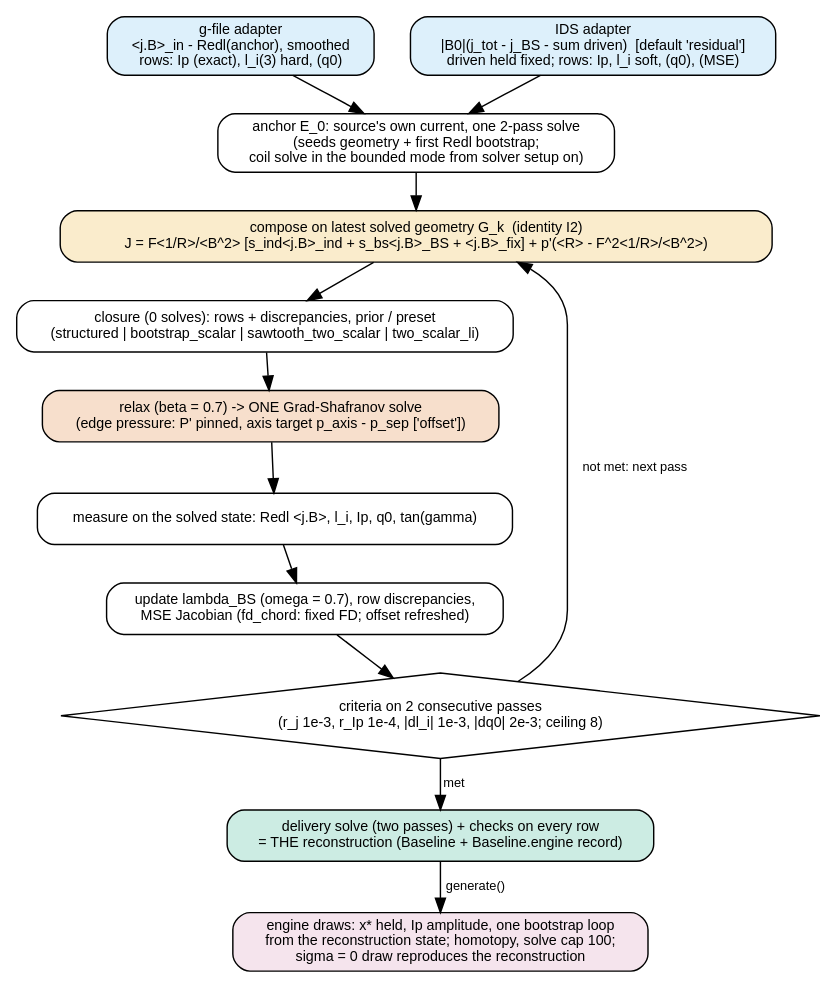
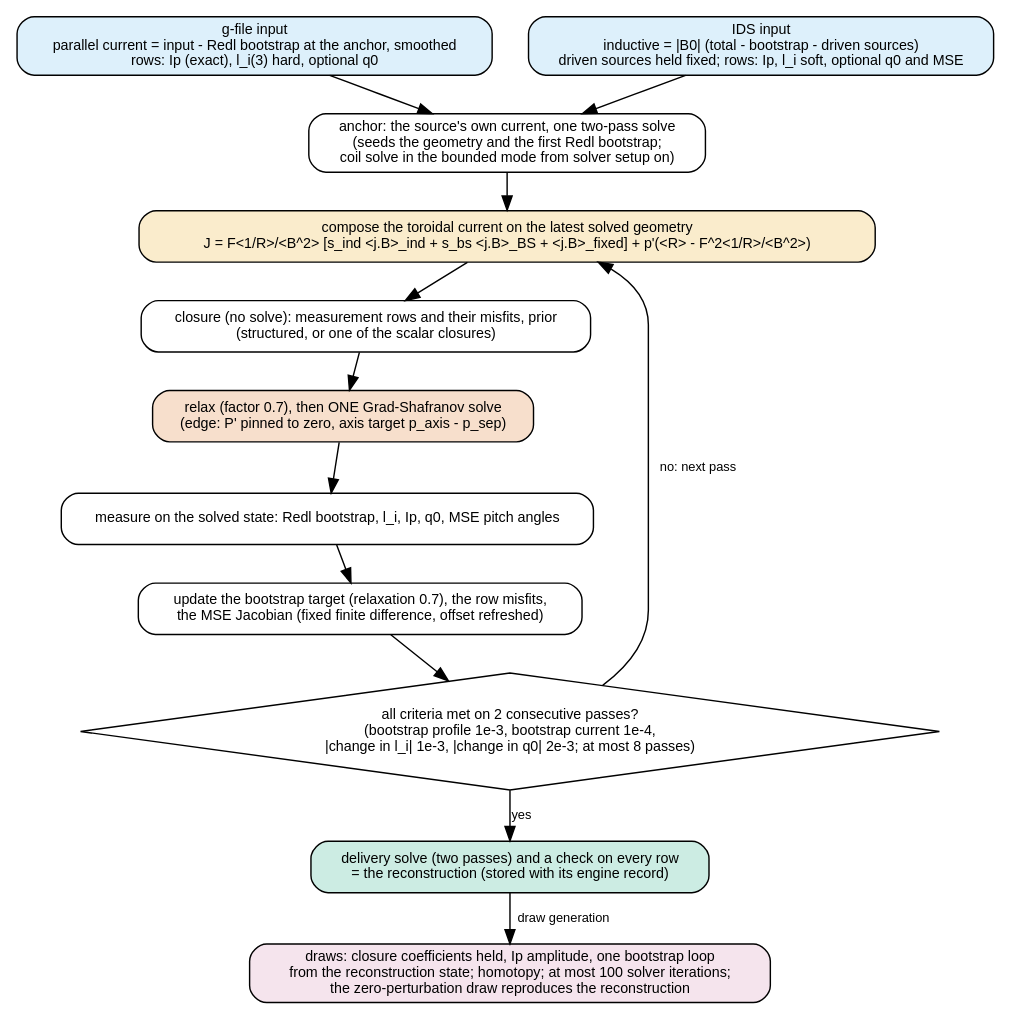
The diagram in docs/figures/engine/scripts/engine_architecture.dot (StuartBenjamin/bouquet), drawn with Graphviz before and after one commit. The commit also changed 10 other files, not shown here.

```diff
--- a/docs/figures/engine/scripts/engine_architecture.dot
+++ b/docs/figures/engine/scripts/engine_architecture.dot
@@ -1,20 +1,20 @@
 digraph engine {
   graph [rankdir=TB, fontname="Helvetica", fontsize=11, nodesep=0.35, ranksep=0.35, bgcolor="white"];
   node  [shape=box, style="rounded,filled", fontname="Helvetica", fontsize=10, color="#000000", fillcolor="#FFFFFF"];
   edge  [fontname="Helvetica", fontsize=9, color="#000000"];
-  gf  [label="g-file adapter\n<j.B>_in - Redl(anchor), smoothed\nrows: Ip (exact), l_i(3) hard, (q0)", fillcolor="#56B4E933"];
-  ids [label="IDS adapter\n|B0|(j_tot - j_BS - sum driven)  [default 'residual']\ndriven held fixed; rows: Ip, l_i soft, (q0), (MSE)", fillcolor="#56B4E933"];
-  anchor [label="anchor E_0: source's own current, one 2-pass solve\n(seeds geometry + first Redl bootstrap;\ncoil solve in the bounded mode from solver setup on)"];
-  comp [label="compose on latest solved geometry G_k  (identity I2)\nJ = F<1/R>/<B^2> [s_ind<j.B>_ind + s_bs<j.B>_BS + <j.B>_fix] + p'(<R> - F^2<1/R>/<B^2>)", fillcolor="#E69F0033"];
-  clos [label="closure (0 solves): rows + discrepancies, prior / preset\n(structured | bootstrap_scalar | sawtooth_two_scalar | two_scalar_li)"];
-  solve [label="relax (beta = 0.7) -> ONE Grad-Shafranov solve\n(edge pressure: P' pinned, axis target p_axis - p_sep ['offset'])", fillcolor="#D55E0033"];
-  meas [label="measure on the solved state: Redl <j.B>, l_i, Ip, q0, tan(gamma)"];
-  upd [label="update lambda_BS (omega = 0.7), row discrepancies,\nMSE Jacobian (fd_chord: fixed FD; offset refreshed)"];
-  crit [label="criteria on 2 consecutive passes\n(r_j 1e-3, r_Ip 1e-4, |dl_i| 1e-3, |dq0| 2e-3; ceiling 8)", shape=diamond, style="filled", fillcolor="#FFFFFF"];
-  deliv [label="delivery solve (two passes) + checks on every row\n= THE reconstruction (Baseline + Baseline.engine record)", fillcolor="#009E7333"];
-  draws [label="engine draws: x* held, Ip amplitude, one bootstrap loop\nfrom the reconstruction state; homotopy, solve cap 100;\nsigma = 0 draw reproduces the reconstruction", fillcolor="#CC79A733"];
+  gf  [label="g-file input\nparallel current = input - Redl bootstrap at the anchor, smoothed\nrows: Ip (exact), l_i(3) hard, optional q0", fillcolor="#56B4E933"];
+  ids [label="IDS input\ninductive = |B0| (total - bootstrap - driven sources)\ndriven sources held fixed; rows: Ip, l_i soft, optional q0 and MSE", fillcolor="#56B4E933"];
+  anchor [label="anchor: the source's own current, one two-pass solve\n(seeds the geometry and the first Redl bootstrap;\ncoil solve in the bounded mode from solver setup on)"];
+  comp [label="compose the toroidal current on the latest solved geometry\nJ = F<1/R>/<B^2> [s_ind <j.B>_ind + s_bs <j.B>_BS + <j.B>_fixed] + p'(<R> - F^2<1/R>/<B^2>)", fillcolor="#E69F0033"];
+  clos [label="closure (no solve): measurement rows and their misfits, prior\n(structured, or one of the scalar closures)"];
+  solve [label="relax (factor 0.7), then ONE Grad-Shafranov solve\n(edge: P' pinned to zero, axis target p_axis - p_sep)", fillcolor="#D55E0033"];
+  meas [label="measure on the solved state: Redl bootstrap, l_i, Ip, q0, MSE pitch angles"];
+  upd [label="update the bootstrap target (relaxation 0.7), the row misfits,\nthe MSE Jacobian (fixed finite difference, offset refreshed)"];
+  crit [label="all criteria met on 2 consecutive passes?\n(bootstrap profile 1e-3, bootstrap current 1e-4,\n|change in l_i| 1e-3, |change in q0| 2e-3; at most 8 passes)", shape=diamond, style="filled", fillcolor="#FFFFFF"];
+  deliv [label="delivery solve (two passes) and a check on every row\n= the reconstruction (stored with its engine record)", fillcolor="#009E7333"];
+  draws [label="draws: closure coefficients held, Ip amplitude, one bootstrap loop\nfrom the reconstruction state; homotopy; at most 100 solver iterations;\nthe zero-perturbation draw reproduces the reconstruction", fillcolor="#CC79A733"];
   gf -> anchor; ids -> anchor; anchor -> comp; comp -> clos -> solve -> meas -> upd -> crit;
-  crit -> comp [label="  not met: next pass"];
-  crit -> deliv [label="met"];
-  deliv -> draws [label="generate()"];
+  crit -> comp [label="  no: next pass"];
+  crit -> deliv [label="yes"];
+  deliv -> draws [label="draw generation"];
 }
```
